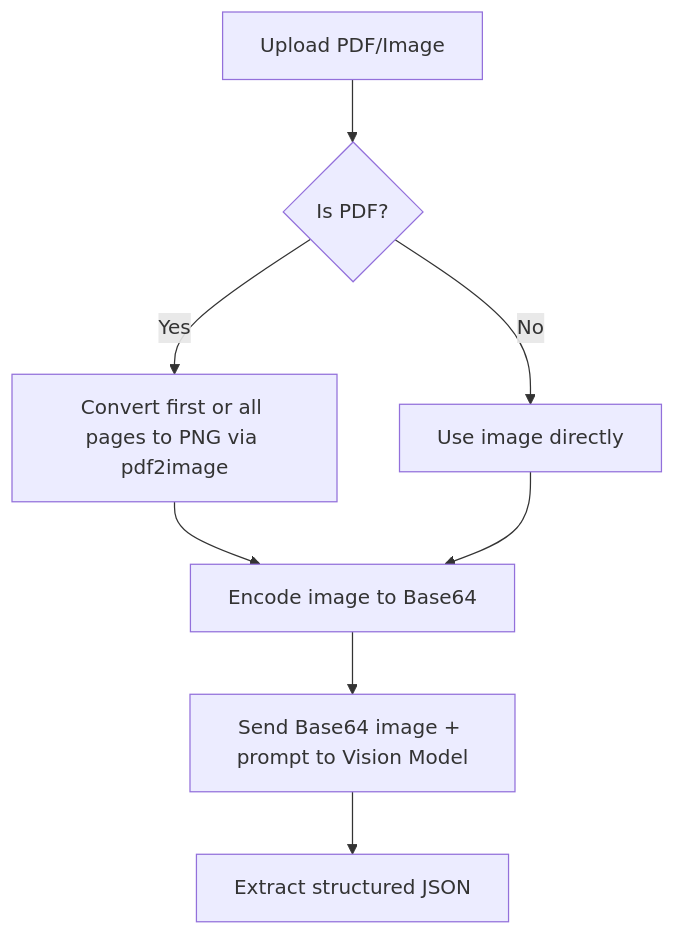
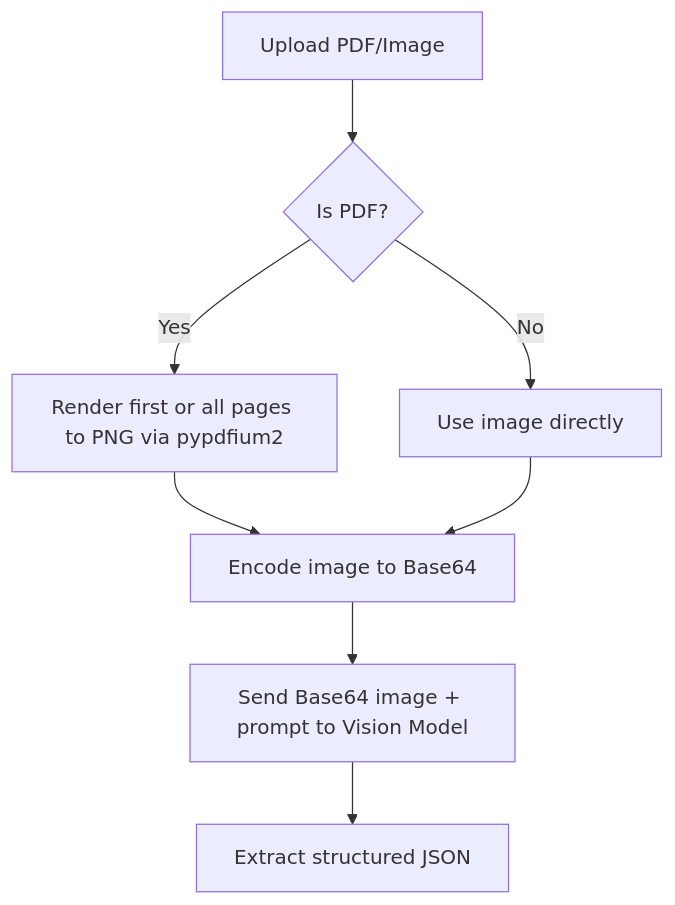
Before and after one commit to hoangduc102/invoice_extractor: the first of 2 diagrams in README.md, drawn with Mermaid. The commit also changed other lines of this file and 23 other files, not shown here.

````diff
--- a/README.md
+++ b/README.md
@@ -292,10 +364,10 @@
 ```mermaid
 graph TD
     A[Upload PDF/Image] --> B{Is PDF?}
-    B -- Yes --> C[Convert first or all pages to PNG via pdf2image]
+    B -- Yes --> C[Render first or all pages to PNG via pypdfium2]
     B -- No --> D[Use image directly]
     C --> E[Encode image to Base64]
     D --> E
     E --> F[Send Base64 image + prompt to Vision Model]
     F --> G[Extract structured JSON]
 ```
````
